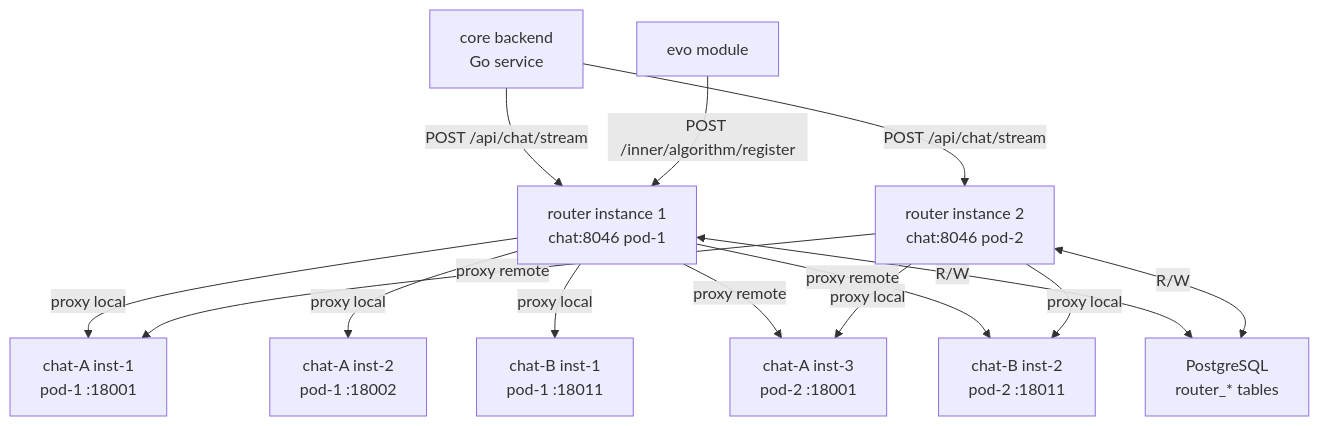
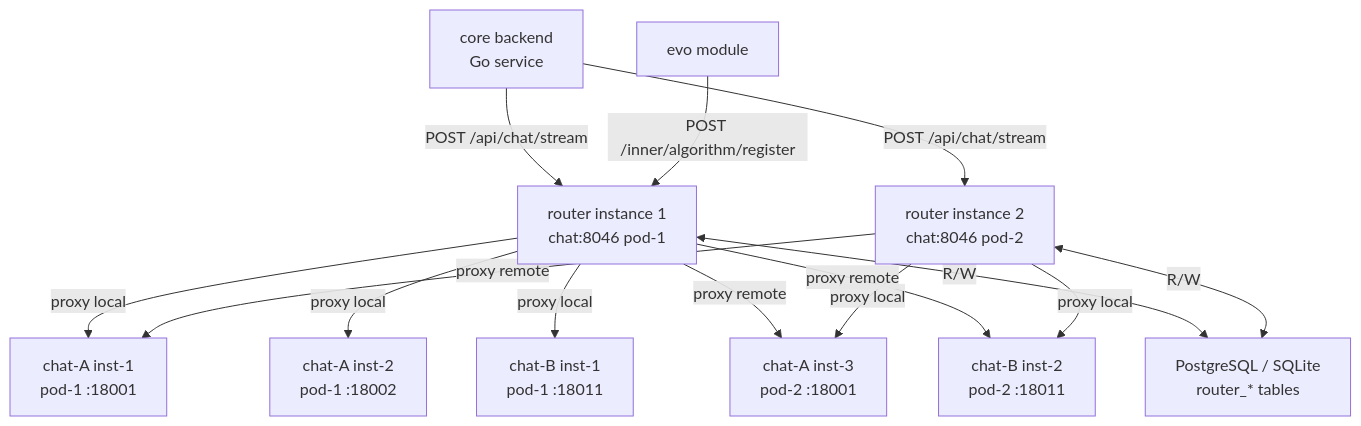
The first of 3 diagrams in algorithm/lazymind/router/DESIGN.md (LazyAGI/LazyMind), drawn with Mermaid before and after one commit. The commit also changed other lines of this file and 10 other files, not shown here.

````diff
--- a/algorithm/lazymind/router/DESIGN.md
+++ b/algorithm/lazymind/router/DESIGN.md
@@ -57,27 +58,27 @@
 ```mermaid
 graph TD
     core["core backend\nGo service"]
     router1["router instance 1\nchat:8046 pod-1"]
     router2["router instance 2\nchat:8046 pod-2"]
     chatA1["chat-A inst-1\npod-1 :18001"]
     chatA2["chat-A inst-2\npod-1 :18002"]
     chatB1["chat-B inst-1\npod-1 :18011"]
     chatA3["chat-A inst-3\npod-2 :18001"]
     chatB2["chat-B inst-2\npod-2 :18011"]
-    postgres["PostgreSQL\nrouter_* tables"]
+    db["PostgreSQL / SQLite\nrouter_* tables"]
     evo["evo module"]
 
     core -->|"POST /api/chat/stream"| router1
     core -->|"POST /api/chat/stream"| router2
     router1 -->|"proxy local"| chatA1
     router1 -->|"proxy local"| chatA2
     router1 -->|"proxy local"| chatB1
     router1 -->|"proxy remote"| chatA3
     router1 -->|"proxy remote"| chatB2
     router2 -->|"proxy local"| chatA3
     router2 -->|"proxy local"| chatB2
     router2 -->|"proxy remote"| chatA1
-    router1 <-->|"R/W"| postgres
-    router2 <-->|"R/W"| postgres
+    router1 <-->|"R/W"| db
+    router2 <-->|"R/W"| db
     evo -->|"POST /inner/algorithm/register"| router1
 ```
````
